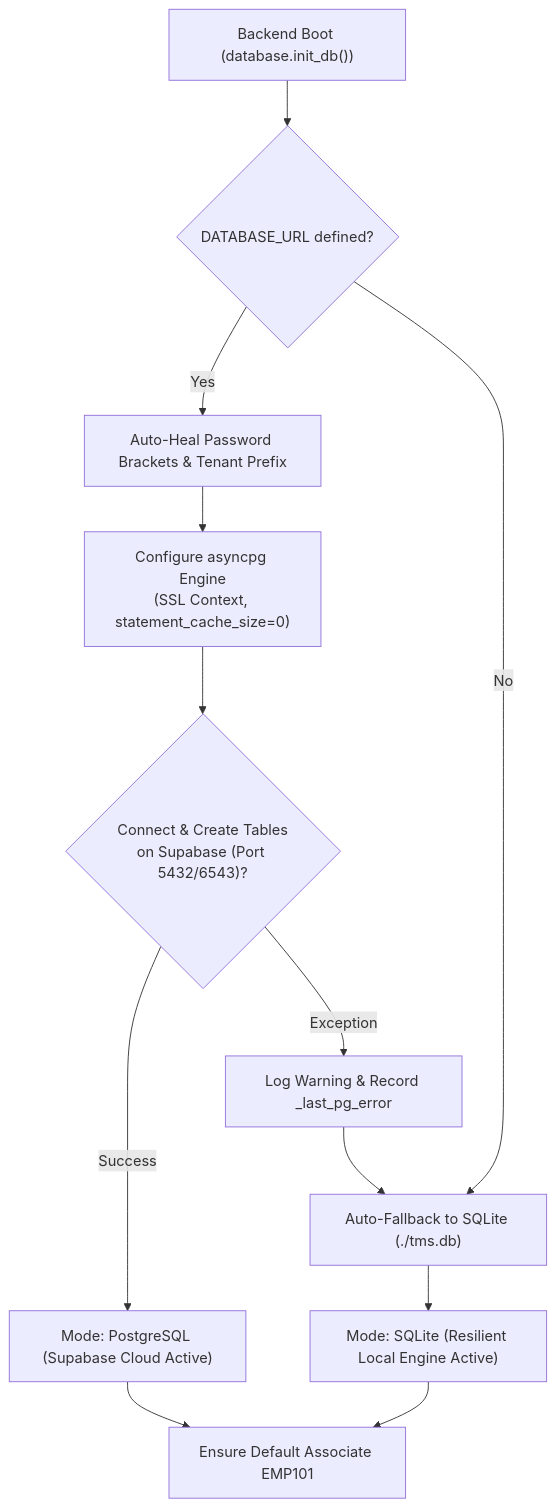
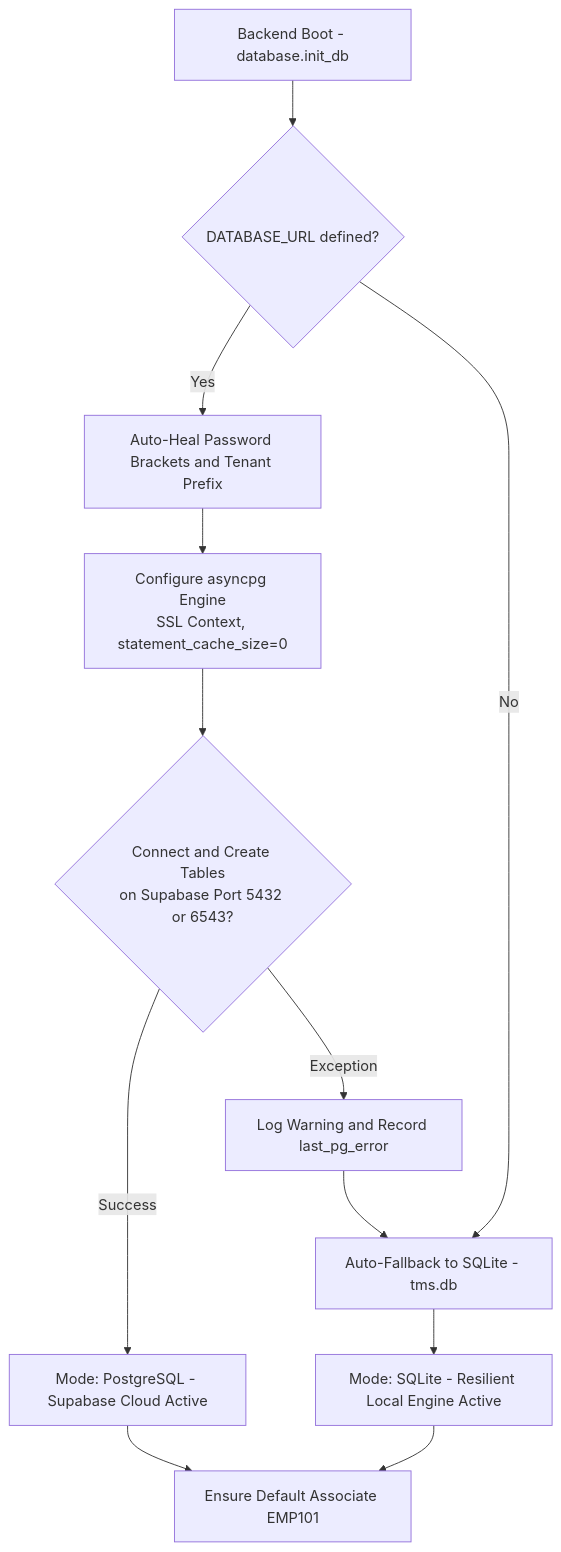
The fifth of 7 diagrams in ARCHITECTURE.md (Gokul2004-ne/TMS), drawn with Mermaid before and after one commit. The commit also changed other lines of this file and 1 other file, not shown here.

Commit message:
docs: fix GitHub Mermaid rendering in README.md and ARCHITECTURE.md

````diff
--- a/ARCHITECTURE.md
+++ b/ARCHITECTURE.md
@@ -437,18 +437,18 @@
 ```mermaid
 flowchart TD
-    Init["Backend Boot (database.init_db())"] --> CheckURL{"DATABASE_URL defined?"}
-    
-    CheckURL -- Yes --> ParseURL["Auto-Heal Password Brackets & Tenant Prefix"]
-    ParseURL --> ConfigurePool["Configure asyncpg Engine\n(SSL Context, statement_cache_size=0)"]
-    ConfigurePool --> TestConn{"Connect & Create Tables\non Supabase (Port 5432/6543)?"}
-    
-    TestConn -- Success --> PGMode["Mode: PostgreSQL (Supabase Cloud Active)"]
-    TestConn -- Exception --> LogWarn["Log Warning & Record _last_pg_error"]
-    
+    Init["Backend Boot - database.init_db"] --> CheckURL{"DATABASE_URL defined?"}
+
+    CheckURL -- Yes --> ParseURL["Auto-Heal Password Brackets and Tenant Prefix"]
+    ParseURL --> ConfigurePool["Configure asyncpg Engine<br>SSL Context, statement_cache_size=0"]
+    ConfigurePool --> TestConn{"Connect and Create Tables<br>on Supabase Port 5432 or 6543?"}
+
+    TestConn -- Success --> PGMode["Mode: PostgreSQL - Supabase Cloud Active"]
+    TestConn -- Exception --> LogWarn["Log Warning and Record last_pg_error"]
+
     CheckURL -- No --> FallbackSQLite
-    LogWarn --> FallbackSQLite["Auto-Fallback to SQLite (./tms.db)"]
-    FallbackSQLite --> SQLiteMode["Mode: SQLite (Resilient Local Engine Active)"]
-    
+    LogWarn --> FallbackSQLite["Auto-Fallback to SQLite - tms.db"]
+    FallbackSQLite --> SQLiteMode["Mode: SQLite - Resilient Local Engine Active"]
+
     PGMode --> ProvisionEmp["Ensure Default Associate EMP101"]
     SQLiteMode --> ProvisionEmp
 ```
````
